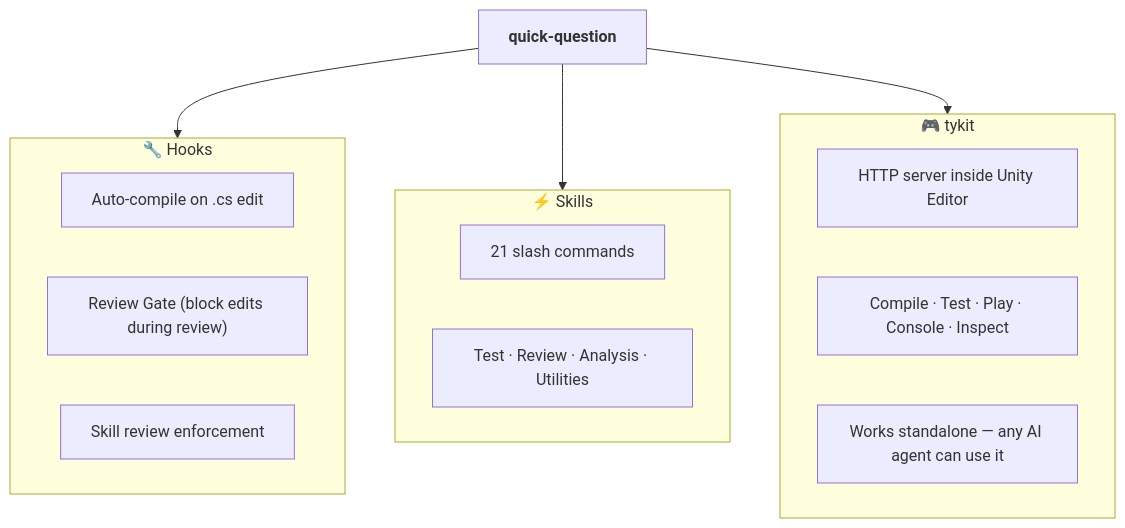
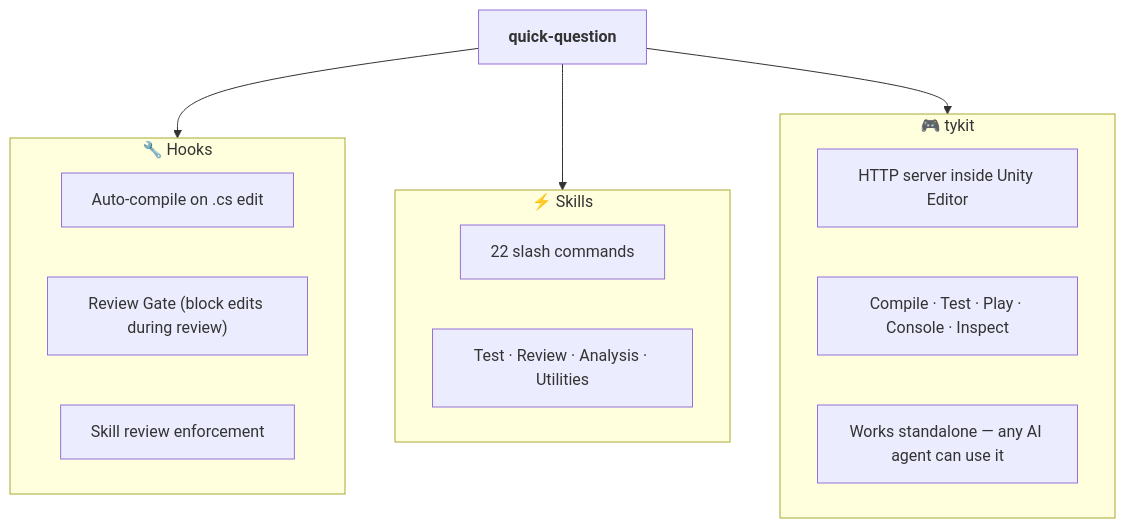
One commit to tykisgod/quick-question changed the first of 11 diagrams in README.md. Above: the diagram before and after it, drawn with Mermaid. The commit also changed other lines of this file and 2 other files, not shown here.

````diff
--- a/README.md
+++ b/README.md
@@ -66,25 +66,25 @@
 ```mermaid
 flowchart TB
     QQ["<b>quick-question</b>"]
 
     subgraph H["🔧 Hooks"]
         H1["Auto-compile on .cs edit"]
         H2["Review Gate (block edits during review)"]
         H3["Skill review enforcement"]
     end
 
     subgraph S["⚡ Skills"]
-        S1["21 slash commands"]
+        S1["22 slash commands"]
         S2["Test · Review · Analysis · Utilities"]
     end
 
     subgraph T["🎮 tykit"]
         T1["HTTP server inside Unity Editor"]
         T2["Compile · Test · Play · Console · Inspect"]
         T3["Works standalone — any AI agent can use it"]
     end
 
     QQ --> H
     QQ --> S
     QQ --> T
 ```
````
